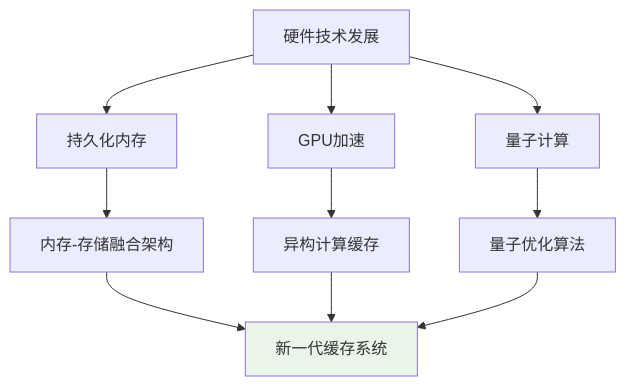
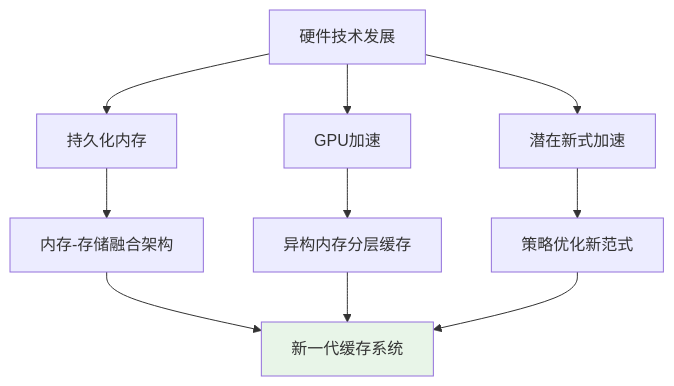
One commit to crazypenguincode/duckdb changed the second of 4 diagrams in md/第六章-总结与展望.md. Above: the diagram before and after it, drawn with Mermaid. The commit also changed other lines of this file and 4 other files, not shown here.

````diff
--- a/md/第六章-总结与展望.md
+++ b/md/第六章-总结与展望.md
@@ -121,16 +63,13 @@
 ```mermaid
 graph TB
     A[硬件技术发展] --> B[持久化内存]
     A --> C[GPU加速]
-    A --> D[量子计算]
-    
+    A --> D[潜在新式加速]
     B --> E[内存-存储融合架构]
-    C --> F[异构计算缓存]
-    D --> G[量子优化算法]
-    
+    C --> F[异构内存分层缓存]
+    D --> G[策略优化新范式]
     E --> H[新一代缓存系统]
     F --> H
     G --> H
-    
     style H fill:#e8f5e8
 ```
````
